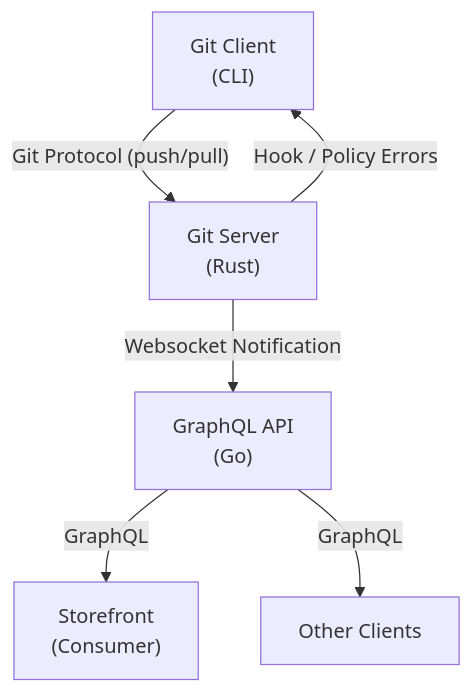
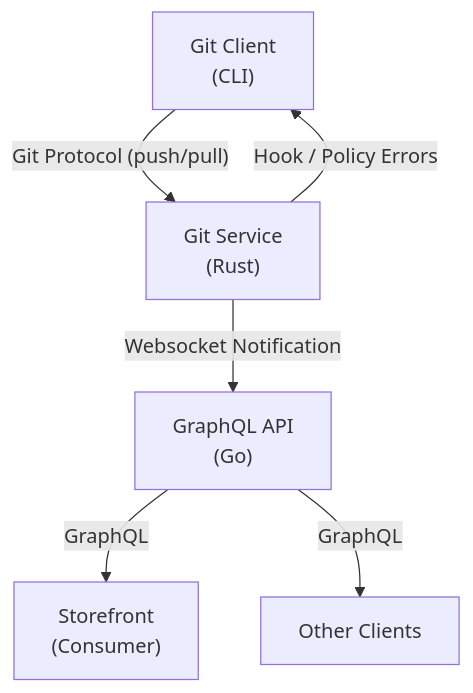
Before and after one commit to gitstore-dev/gitstore: the diagram in README.md, drawn with Mermaid. The commit also changed other lines of this file and 23 other files, not shown here.

First line of the commit message:
feat(grpc): wire gRPC skeleton for git-service and API (Phase 1+2)

````diff
--- a/README.md
+++ b/README.md
@@ -20,15 +20,15 @@
 ```mermaid
 graph TD
     GitClient["Git Client\n(CLI)"]
-    GitServer["Git Server\n(Rust)"]
+    GitService["Git Service\n(Rust)"]
     GraphQLAPI["GraphQL API\n(Go)"]
     Storefront["Storefront\n(Consumer)"]
     OtherClients["Other Clients"]
 
-    GitClient -- "Git Protocol (push/pull)" --> GitServer
-    GitServer -- "Hook / Policy Errors" --> GitClient
-    GitServer -- "Websocket Notification" --> GraphQLAPI
+    GitClient -- "Git Protocol (push/pull)" --> GitService
+    GitService -- "Hook / Policy Errors" --> GitClient
+    GitService -- "Websocket Notification" --> GraphQLAPI
 
     GraphQLAPI -- "GraphQL" --> Storefront
     GraphQLAPI -- "GraphQL" --> OtherClients
 ```
````
